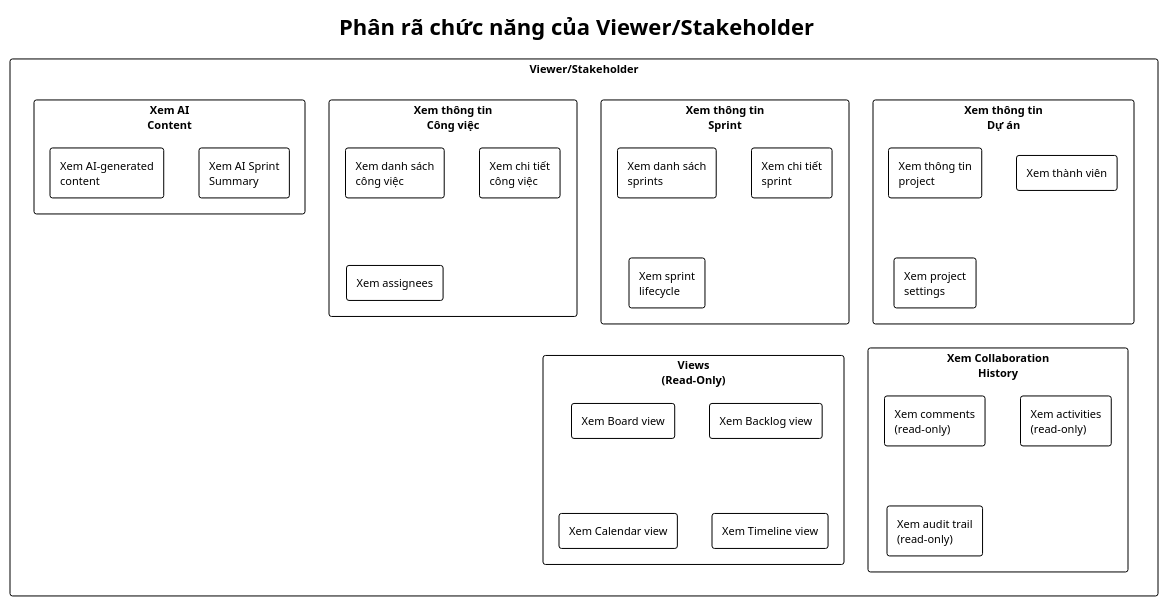
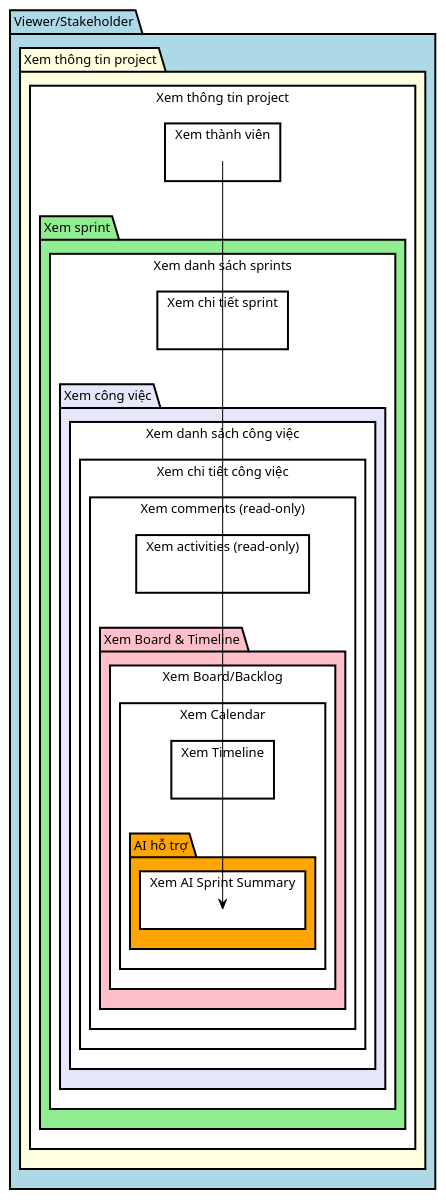
Before and after one commit to toantran292/datn: the diagram in reports/dat-examples/report/images/func_viewer.puml, drawn with PlantUML. The commit also changed 51 other files, not shown here.

```diff
--- a/reports/dat-examples/report/images/func_viewer.puml
+++ b/reports/dat-examples/report/images/func_viewer.puml
@@ -1,48 +1,40 @@
 @startuml
 !theme plain
-skinparam defaultFontSize 11
+skinparam defaultFontSize 13
 skinparam packageStyle rectangle
+skinparam packageBorderThickness 2
+skinparam rectangleBorderThickness 2
+skinparam backgroundColor white
 
-title Phân rã chức năng của Viewer/Stakeholder
+package "Viewer/Stakeholder" #lightblue {
 
-rectangle "Viewer/Stakeholder" {
-
-  rectangle "Xem thông tin\nDự án" {
-    rectangle "Xem thông tin\nproject"
+  package "Xem thông tin project" #lightyellow {
+    rectangle "Xem thông tin project"
     rectangle "Xem thành viên"
-    rectangle "Xem project\nsettings"
   }
 
-  rectangle "Xem thông tin\nSprint" {
-    rectangle "Xem danh sách\nsprints"
-    rectangle "Xem chi tiết\nsprint"
-    rectangle "Xem sprint\nlifecycle"
+  package "Xem sprint" #lightgreen {
+    rectangle "Xem danh sách sprints"
+    rectangle "Xem chi tiết sprint"
   }
 
-  rectangle "Xem thông tin\nCông việc" {
-    rectangle "Xem danh sách\ncông việc"
-    rectangle "Xem chi tiết\ncông việc"
-    rectangle "Xem assignees"
+  package "Xem công việc" #lavender {
+    rectangle "Xem danh sách công việc"
+    rectangle "Xem chi tiết công việc"
+    rectangle "Xem comments (read-only)"
+    rectangle "Xem activities (read-only)"
   }
 
-  rectangle "Xem Collaboration\nHistory" {
-    rectangle "Xem comments\n(read-only)"
-    rectangle "Xem activities\n(read-only)"
-    rectangle "Xem audit trail\n(read-only)"
+  package "Xem Board & Timeline" #pink {
+    rectangle "Xem Board/Backlog"
+    rectangle "Xem Calendar"
+    rectangle "Xem Timeline"
   }
 
-  rectangle "Views\n(Read-Only)" {
-    rectangle "Xem Board view"
-    rectangle "Xem Backlog view"
-    rectangle "Xem Calendar view"
-    rectangle "Xem Timeline view"
-  }
-
-  rectangle "Xem AI\nContent" {
-    rectangle "Xem AI Sprint\nSummary"
-    rectangle "Xem AI-generated\ncontent"
+  package "AI hỗ trợ" #orange {
+    rectangle "Xem AI Sprint Summary"
   }
 
 }
 
 @enduml
```
